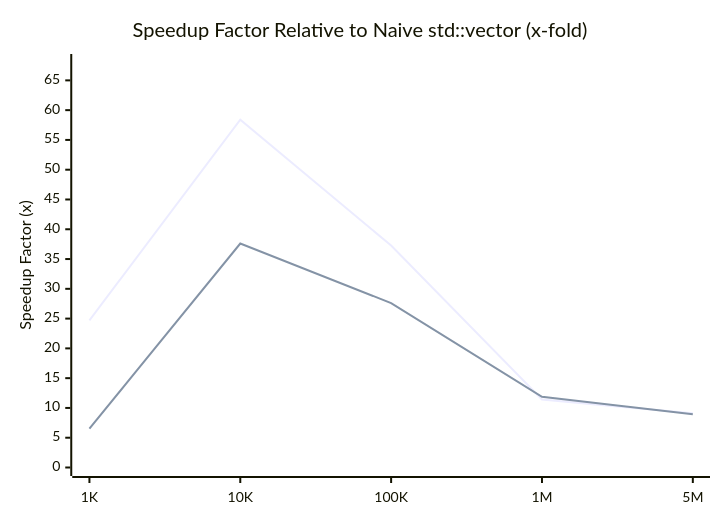
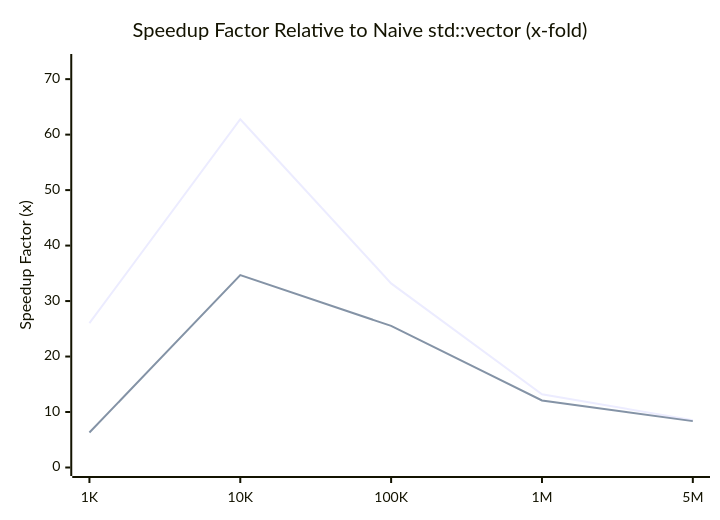
The second of 2 diagrams in README.md (maithreyanprabhu2907-prog/Vector), drawn with Mermaid before and after one commit. The commit also changed other lines of this file and 3 other files, not shown here.

````diff
--- a/README.md
+++ b/README.md
@@ -126,8 +126,8 @@
 ```mermaid
 xychart-beta
     title "Speedup Factor Relative to Naive std::vector (x-fold)"
     x-axis ["1K", "10K", "100K", "1M", "5M"]
-    y-axis "Speedup Factor (x)" 0 --> 68
-    line [24.70, 58.41, 37.26, 11.43, 9.09]
-    line [6.53, 37.60, 27.61, 11.87, 8.93]
+    y-axis "Speedup Factor (x)" 0 --> 73
+    line [26.01, 62.78, 33.18, 13.20, 8.51]
+    line [6.31, 34.67, 25.52, 12.09, 8.36]
 ```
````
